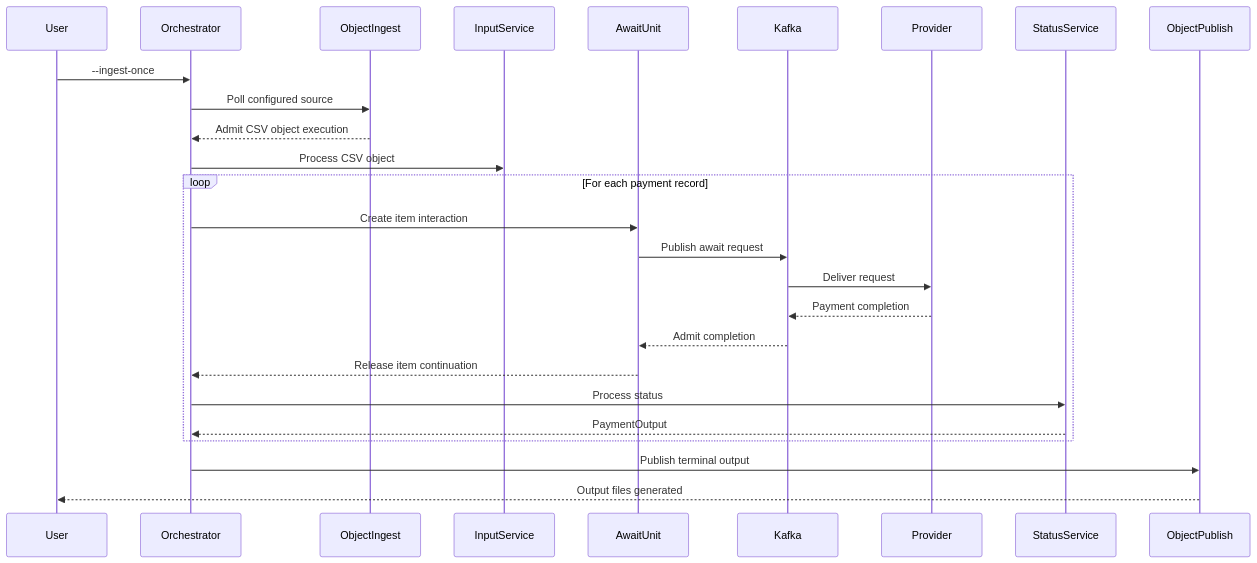
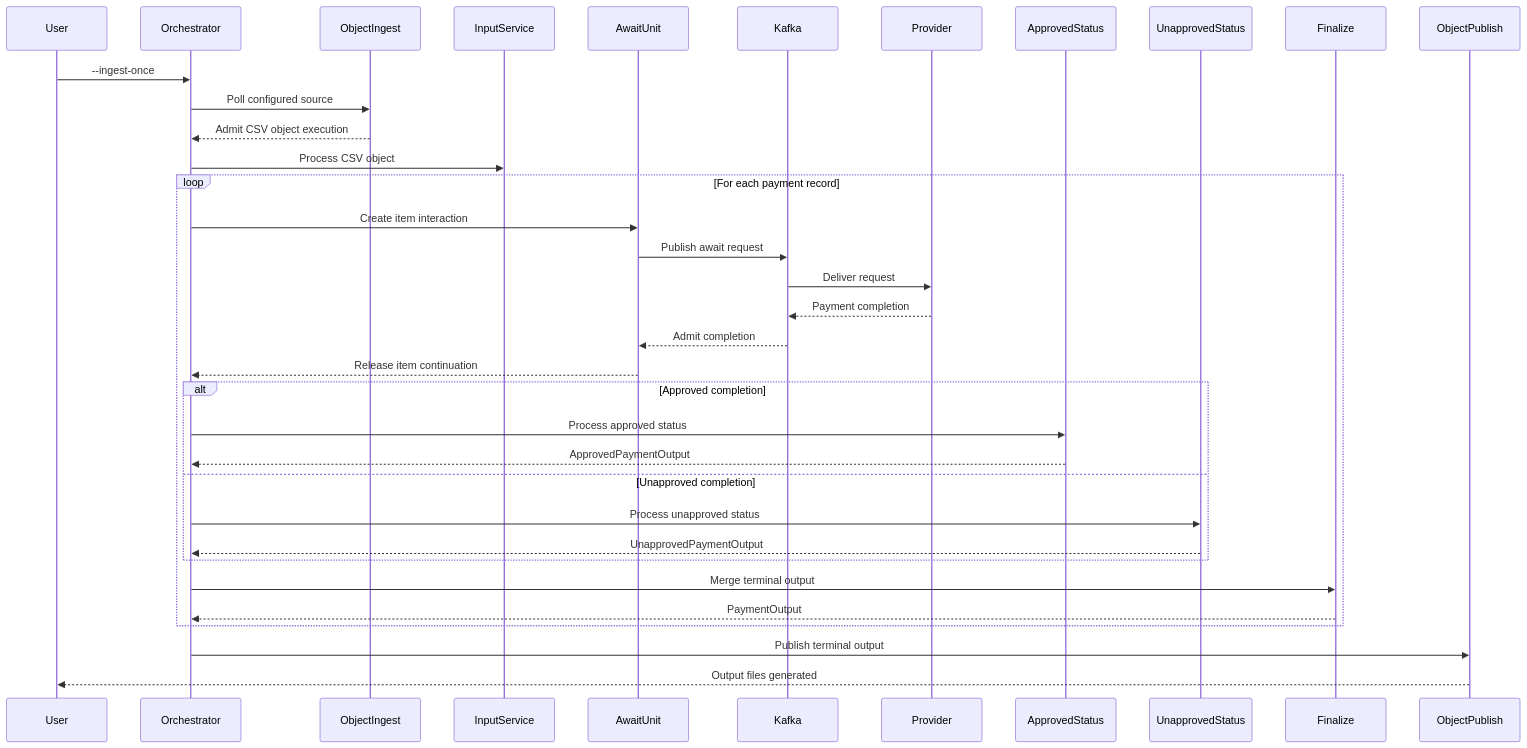
Before and after one commit to The-Pipeline-Framework/pipelineframework: the second of 2 diagrams in examples/csv-payments/orchestrator-svc/README.md, drawn with Mermaid. The commit also changed other lines of this file and 63 other files, not shown here.

````diff
--- a/examples/csv-payments/orchestrator-svc/README.md
+++ b/examples/csv-payments/orchestrator-svc/README.md
@@ -69,29 +74,38 @@
 ```mermaid
 sequenceDiagram
     participant User
     participant Orchestrator
     participant ObjectIngest
     participant InputService
     participant AwaitUnit
     participant Kafka
     participant Provider
-    participant StatusService
+    participant ApprovedStatus
+    participant UnapprovedStatus
+    participant Finalize
     participant ObjectPublish
     
     User->>Orchestrator: --ingest-once
     Orchestrator->>ObjectIngest: Poll configured source
     ObjectIngest-->>Orchestrator: Admit CSV object execution
     Orchestrator->>InputService: Process CSV object
     loop For each payment record
         Orchestrator->>AwaitUnit: Create item interaction
         AwaitUnit->>Kafka: Publish await request
         Kafka->>Provider: Deliver request
         Provider-->>Kafka: Payment completion
         Kafka-->>AwaitUnit: Admit completion
         AwaitUnit-->>Orchestrator: Release item continuation
-        Orchestrator->>StatusService: Process status
-        StatusService-->>Orchestrator: PaymentOutput
+        alt Approved completion
+            Orchestrator->>ApprovedStatus: Process approved status
+            ApprovedStatus-->>Orchestrator: ApprovedPaymentOutput
+        else Unapproved completion
+            Orchestrator->>UnapprovedStatus: Process unapproved status
+            UnapprovedStatus-->>Orchestrator: UnapprovedPaymentOutput
+        end
+        Orchestrator->>Finalize: Merge terminal output
+        Finalize-->>Orchestrator: PaymentOutput
     end
     Orchestrator->>ObjectPublish: Publish terminal output
     ObjectPublish-->>User: Output files generated
 ```
````
